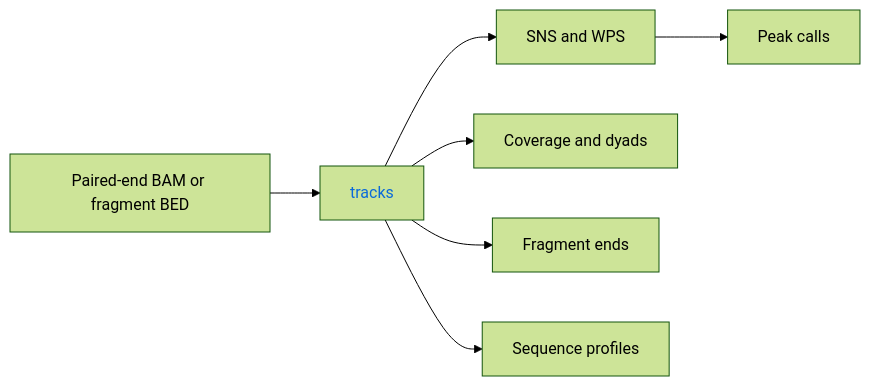
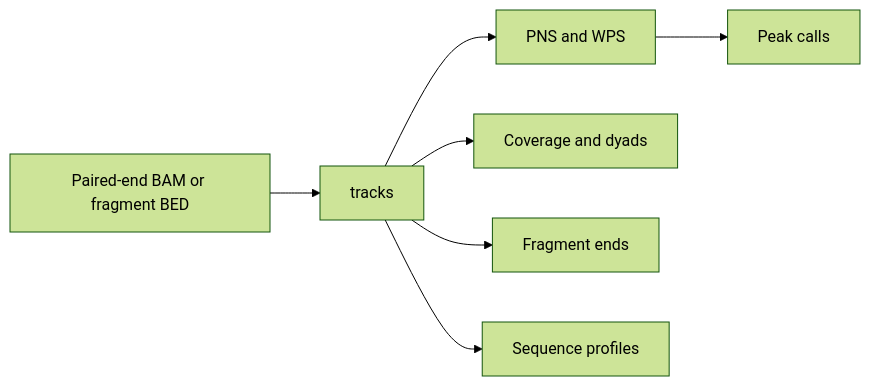
The sixth of 18 diagrams in docs/WORKFLOWS.md (adjohnston85/NucleoSuite), drawn with Mermaid (forest theme) before and after one commit. The commit also changed other lines of this file and 84 other files, not shown here.

````diff
--- a/docs/WORKFLOWS.md
+++ b/docs/WORKFLOWS.md
@@ -158,13 +146,9 @@
 ```mermaid
 flowchart LR
     A[Paired-end BAM or fragment BED] --> B[tracks]
-    B --> C[SNS and WPS]
+    B --> C[PNS and WPS]
     B --> D[Coverage and dyads]
     B --> E[Fragment ends]
     B --> F[Sequence profiles]
     C --> G[Peak calls]
-
-    classDef commandLink color:#0969da,text-decoration:none;
-    class B commandLink;
-    click B href "https://github.com/adjohnston85/NucleoSuite/blob/main/docs/commands/tracks.md" "Open tracks documentation"
 ```
````
